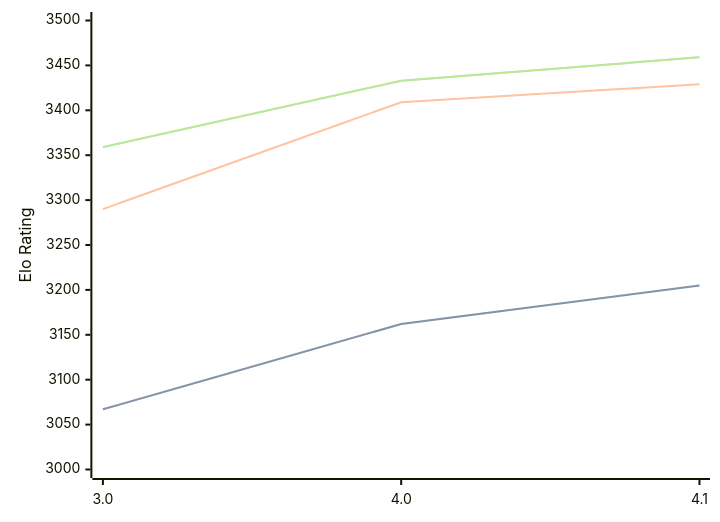
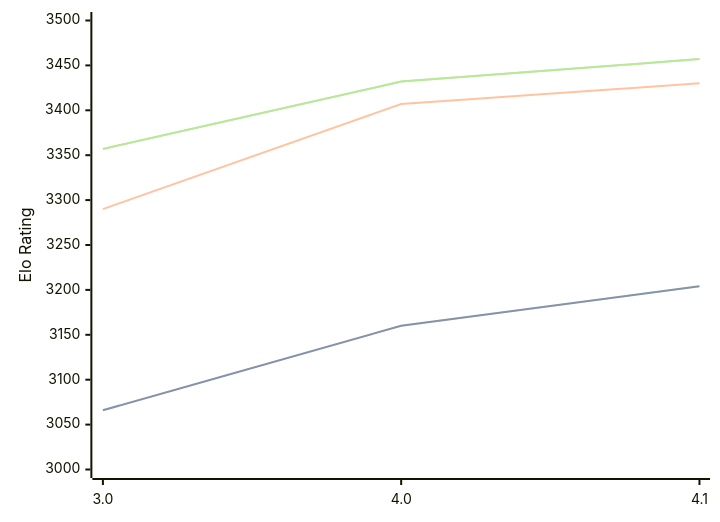
The diagram in engines/Eleanor.md (computer-chess-index/cci), drawn with Mermaid before and after one commit. The commit also changed other lines of this file, not shown here.

Commit message:
Update CCI Ratings (ELO VLTC) - 2026-04-26

````diff
--- a/engines/Eleanor.md
+++ b/engines/Eleanor.md
@@ -35,11 +35,11 @@
 ```mermaid
 %%{init: {"theme":"base","themeVariables":{"seriesColors:['#a3a3a3','#222221','#faa371']}}}%%
 xychart-beta
   x-axis ["3.0", "4.0", "4.1"]
   y-axis "Elo Rating" 3000 --> 3500
-  line "STC (8.0+0.08s)" [3067, 3162, 3205]
-  line "STC (8.0+0.08s)" [3067, 3162, 3205]
-  line "LTC (60.0+0.60s)" [3290, 3409, 3429]
-  line "VLTC (2m24s+1.12s)" [3359, 3433, 3459]
-  line "VLTC (2m24s+1.12s)" [3359, 3433, 3459]
+  line "STC (8.0+0.08s)" [3066, 3160, 3204]
+  line "STC (8.0+0.08s)" [3066, 3160, 3204]
+  line "LTC (60.0+0.60s)" [3290, 3407, 3430]
+  line "VLTC (2m24s+1.12s)" [3357, 3432, 3457]
+  line "VLTC (2m24s+1.12s)" [3357, 3432, 3457]
 ```
````
